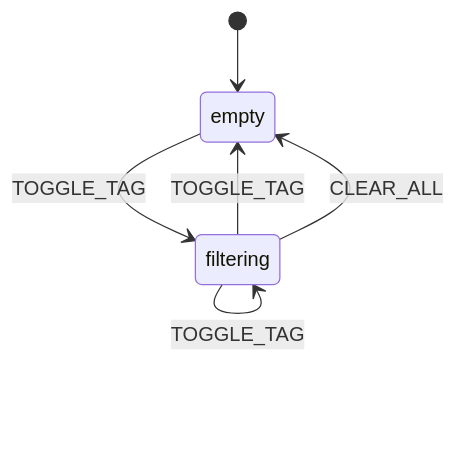
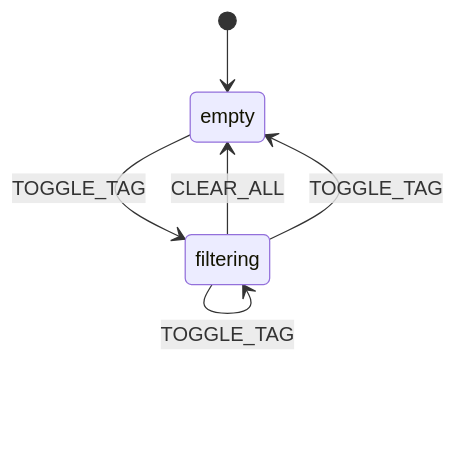
The diagram in docs/state-machines/tagFilter.mmd (vujita/vubnguyen), drawn with Mermaid before and after one commit. The commit also changed other lines of this file and 9 other files, not shown here.

First line of the commit message:
switch state machine diagram output from SVG to PNG for GitHub PR visibility

```diff
--- a/docs/state-machines/tagFilter.mmd
+++ b/docs/state-machines/tagFilter.mmd
@@ -1,6 +1,6 @@
 stateDiagram-v2
   [*] --> empty
   empty --> filtering : TOGGLE_TAG
+  filtering --> empty : CLEAR_ALL
   filtering --> empty : TOGGLE_TAG
   filtering --> filtering : TOGGLE_TAG
-  filtering --> empty : CLEAR_ALL
```
